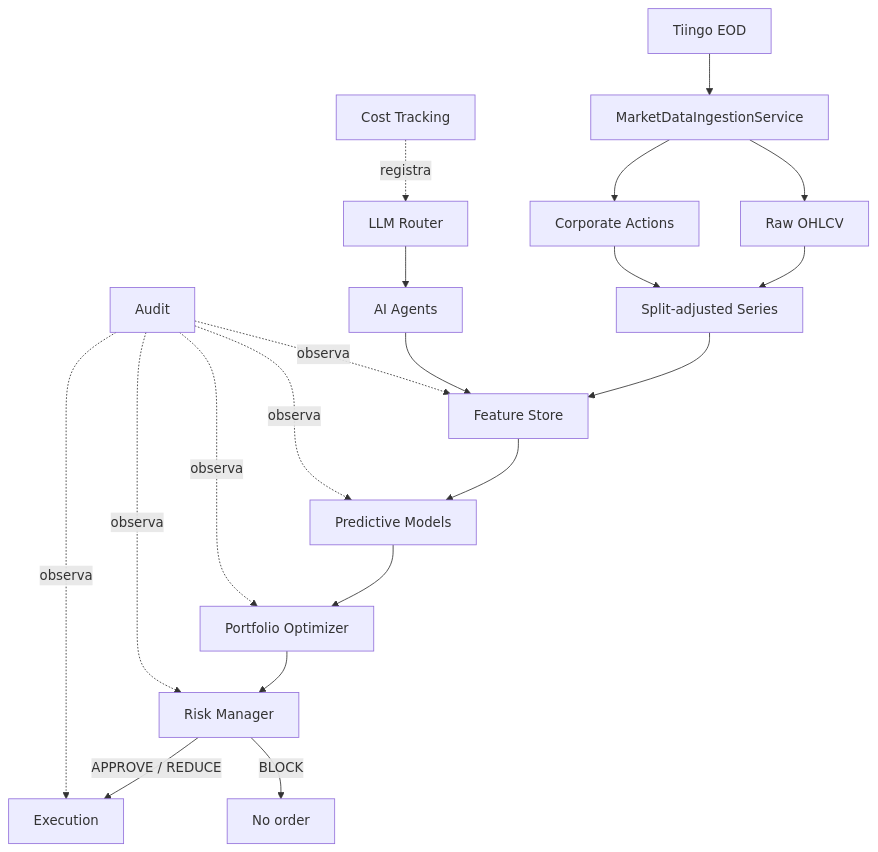
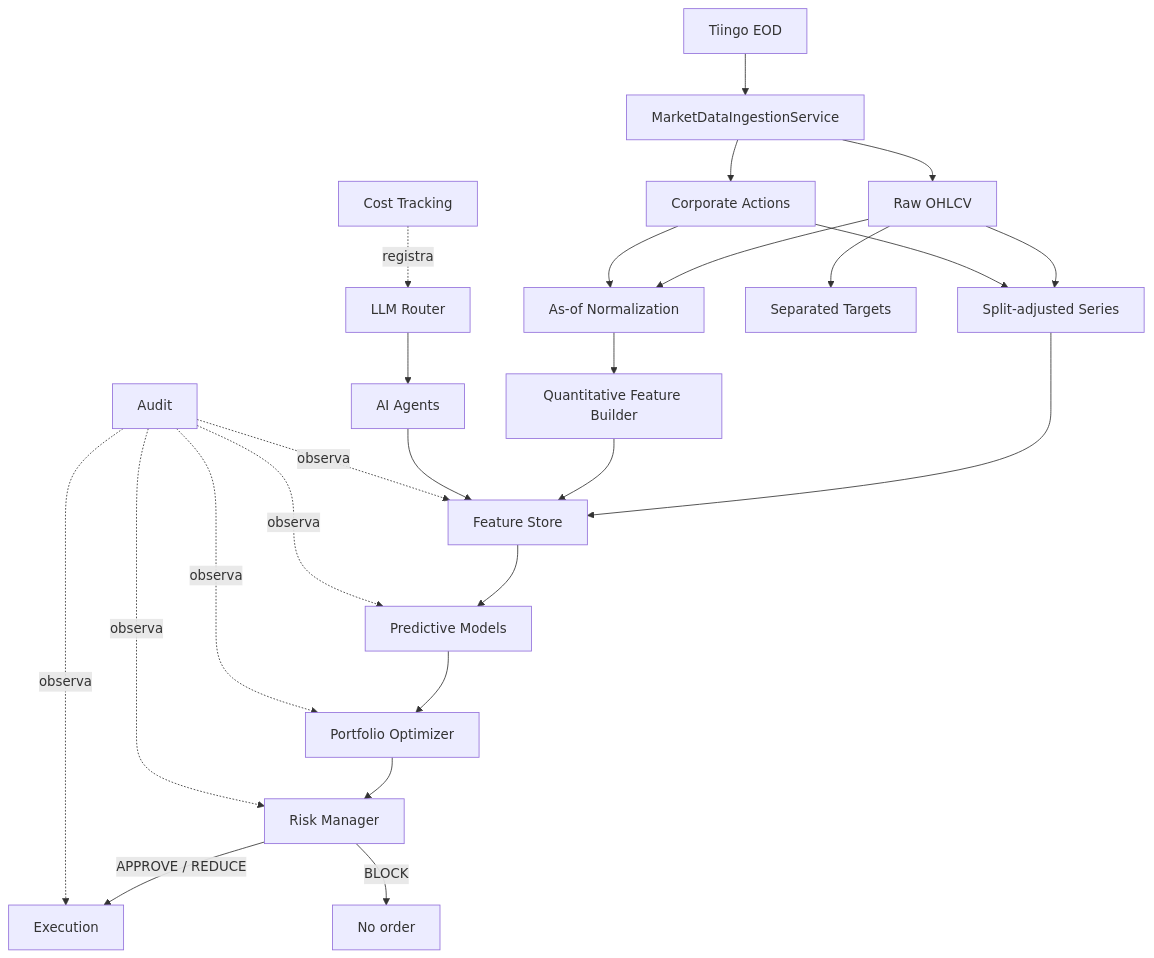
The diagram in ARCHITECTURE.md (ignaciochaconuc/modelo_inversiones), drawn with Mermaid before and after one commit. The commit also changed other lines of this file and 25 other files, not shown here.

````diff
--- a/ARCHITECTURE.md
+++ b/ARCHITECTURE.md
@@ -5,22 +5,27 @@
 ```mermaid
 flowchart TD
     TG[Tiingo EOD] --> IN[MarketDataIngestionService]
     IN --> RAW[Raw OHLCV]
     IN --> CA[Corporate Actions]
     RAW --> SA[Split-adjusted Series]
     CA --> SA
     SA --> FS[Feature Store]
+    RAW --> ASOF[As-of Normalization]
+    CA --> ASOF
+    ASOF --> QF[Quantitative Feature Builder]
+    QF --> FS
+    RAW --> TGTS[Separated Targets]
     AI[AI Agents] --> FS
     FS --> PM[Predictive Models]
     PM --> PO[Portfolio Optimizer]
     PO --> RM[Risk Manager]
     RM -->|APPROVE / REDUCE| EX[Execution]
     RM -->|BLOCK| STOP[No order]
     LR[LLM Router] --> AI
     CT[Cost Tracking] -. registra .-> LR
     AU[Audit] -. observa .-> FS
     AU -. observa .-> PM
     AU -. observa .-> PO
     AU -. observa .-> RM
     AU -. observa .-> EX
 ```
````
